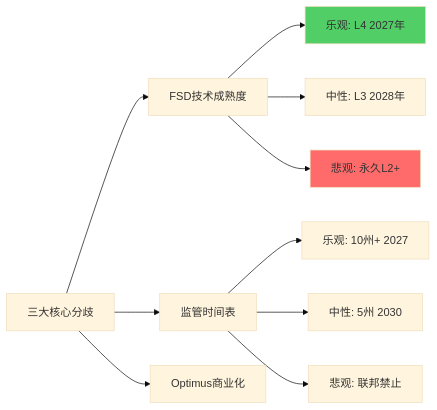
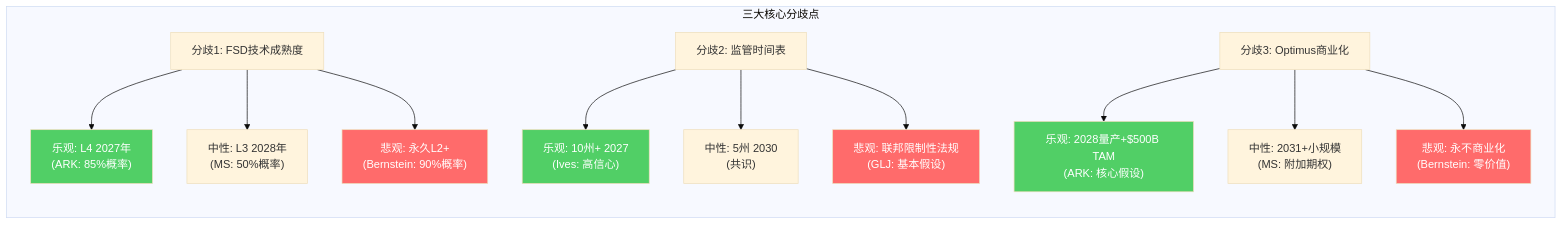
One commit to miltonnewyork25-afk/investment-master changed diagram 12 of 13 in reports/TSLA/staging/moduleD_market.md. Above: the diagram before and after it, drawn with Mermaid (base theme). The commit also changed other lines of this file and 6 other files, not shown here.

````diff
--- a/reports/TSLA/staging/moduleD_market.md
+++ b/reports/TSLA/staging/moduleD_market.md
@@ -209,14 +556,23 @@
 ```mermaid
 graph LR
-    A["三大核心分歧"] --> B["FSD技术成熟度"]
-    A --> C["监管时间表"]
-    A --> D["Optimus商业化"]
-    B --> B1["乐观: L4 2027年"]
-    B --> B2["中性: L3 2028年"]
-    B --> B3["悲观: 永久L2+"]
-    C --> C1["乐观: 10州+ 2027"]
-    C --> C2["中性: 5州 2030"]
-    C --> C3["悲观: 联邦禁止"]
-    style B1 fill:#51cf66
-    style B3 fill:#ff6b6b
+    subgraph "三大核心分歧点"
+        A["分歧1: FSD技术成熟度"] --> A1["乐观: L4 2027年<br/>(ARK: 85%概率)"]
+        A --> A2["中性: L3 2028年<br/>(MS: 50%概率)"]
+        A --> A3["悲观: 永久L2+<br/>(Bernstein: 90%概率)"]
+
+        B["分歧2: 监管时间表"] --> B1["乐观: 10州+ 2027<br/>(Ives: 高信心)"]
+        B --> B2["中性: 5州 2030<br/>(共识)"]
+        B --> B3["悲观: 联邦限制性法规<br/>(GLJ: 基本假设)"]
+
+        C["分歧3: Optimus商业化"] --> C1["乐观: 2028量产+$500B TAM<br/>(ARK: 核心假设)"]
+        C --> C2["中性: 2031+小规模<br/>(MS: 附加期权)"]
+        C --> C3["悲观: 永不商业化<br/>(Bernstein: 零价值)"]
+    end
+
+    style A1 fill:#51cf66,color:#fff
+    style A3 fill:#ff6b6b,color:#fff
+    style B1 fill:#51cf66,color:#fff
+    style B3 fill:#ff6b6b,color:#fff
+    style C1 fill:#51cf66,color:#fff
+    style C3 fill:#ff6b6b,color:#fff
 ```
````
